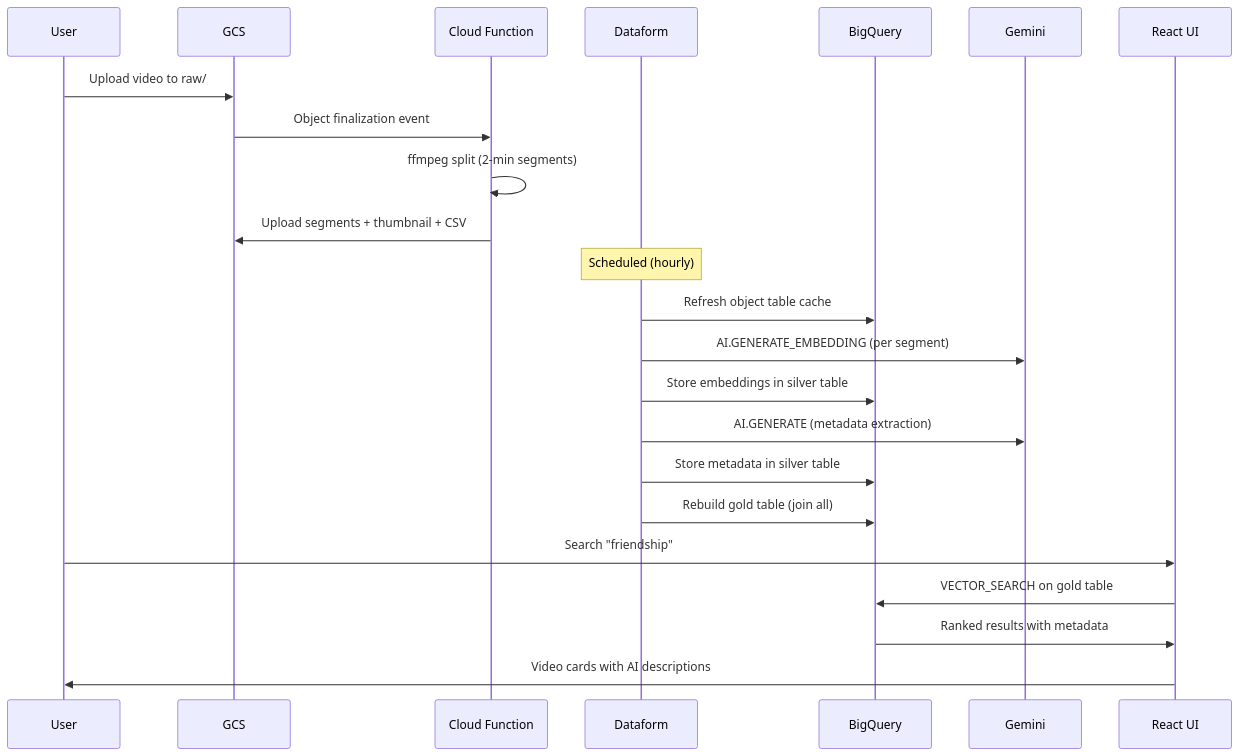
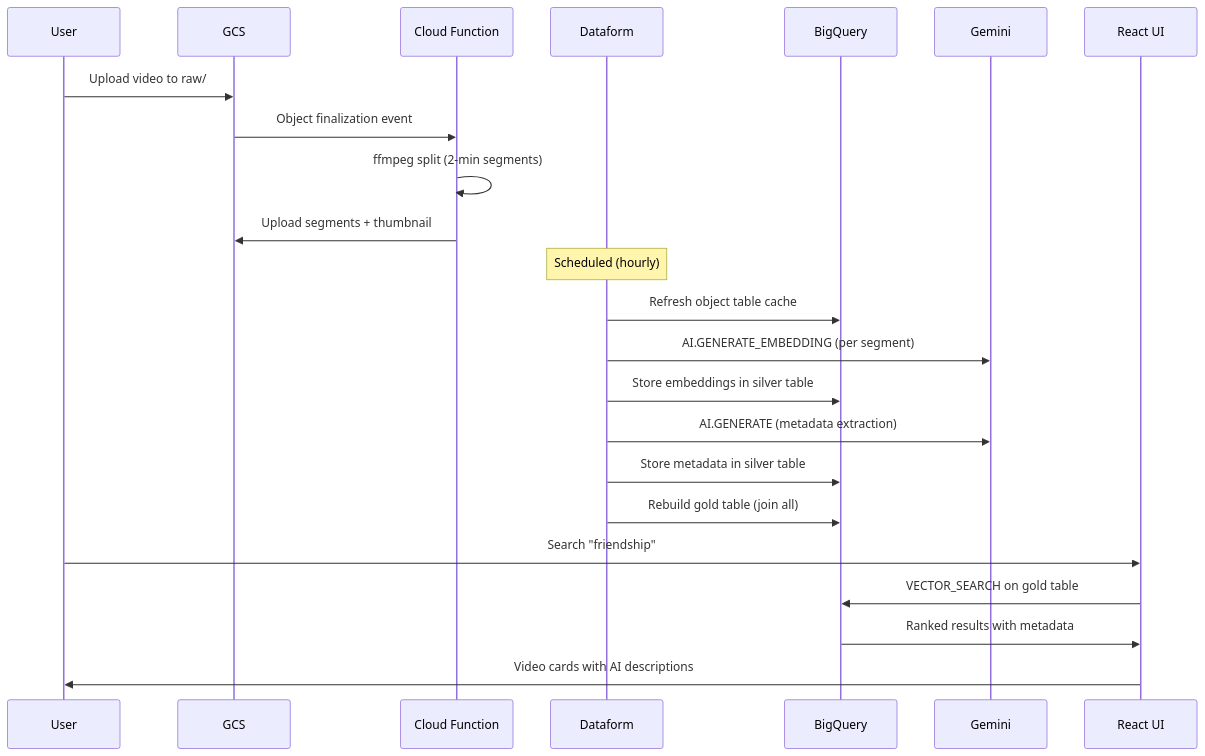
One commit to gCloud-Tech-Showcase/Data-Cloud changed the second of 2 diagrams in docs/demos/video-vector-search/architecture.md. Above: the diagram before and after it, drawn with Mermaid. The commit also changed other lines of this file and 6 other files, not shown here.

````diff
--- a/docs/demos/video-vector-search/architecture.md
+++ b/docs/demos/video-vector-search/architecture.md
@@ -44,28 +43,28 @@
 ```mermaid
 sequenceDiagram
     participant User
     participant GCS
     participant CF as Cloud Function
     participant DF as Dataform
     participant BQ as BigQuery
     participant Gemini
     participant UI as React UI
 
     User->>GCS: Upload video to raw/
     GCS->>CF: Object finalization event
     CF->>CF: ffmpeg split (2-min segments)
-    CF->>GCS: Upload segments + thumbnail + CSV
+    CF->>GCS: Upload segments + thumbnail
 
     Note over DF: Scheduled (hourly)
     DF->>BQ: Refresh object table cache
     DF->>Gemini: AI.GENERATE_EMBEDDING (per segment)
     DF->>BQ: Store embeddings in silver table
     DF->>Gemini: AI.GENERATE (metadata extraction)
     DF->>BQ: Store metadata in silver table
     DF->>BQ: Rebuild gold table (join all)
 
     User->>UI: Search "friendship"
     UI->>BQ: VECTOR_SEARCH on gold table
     BQ->>UI: Ranked results with metadata
     UI->>User: Video cards with AI descriptions
 ```
````
